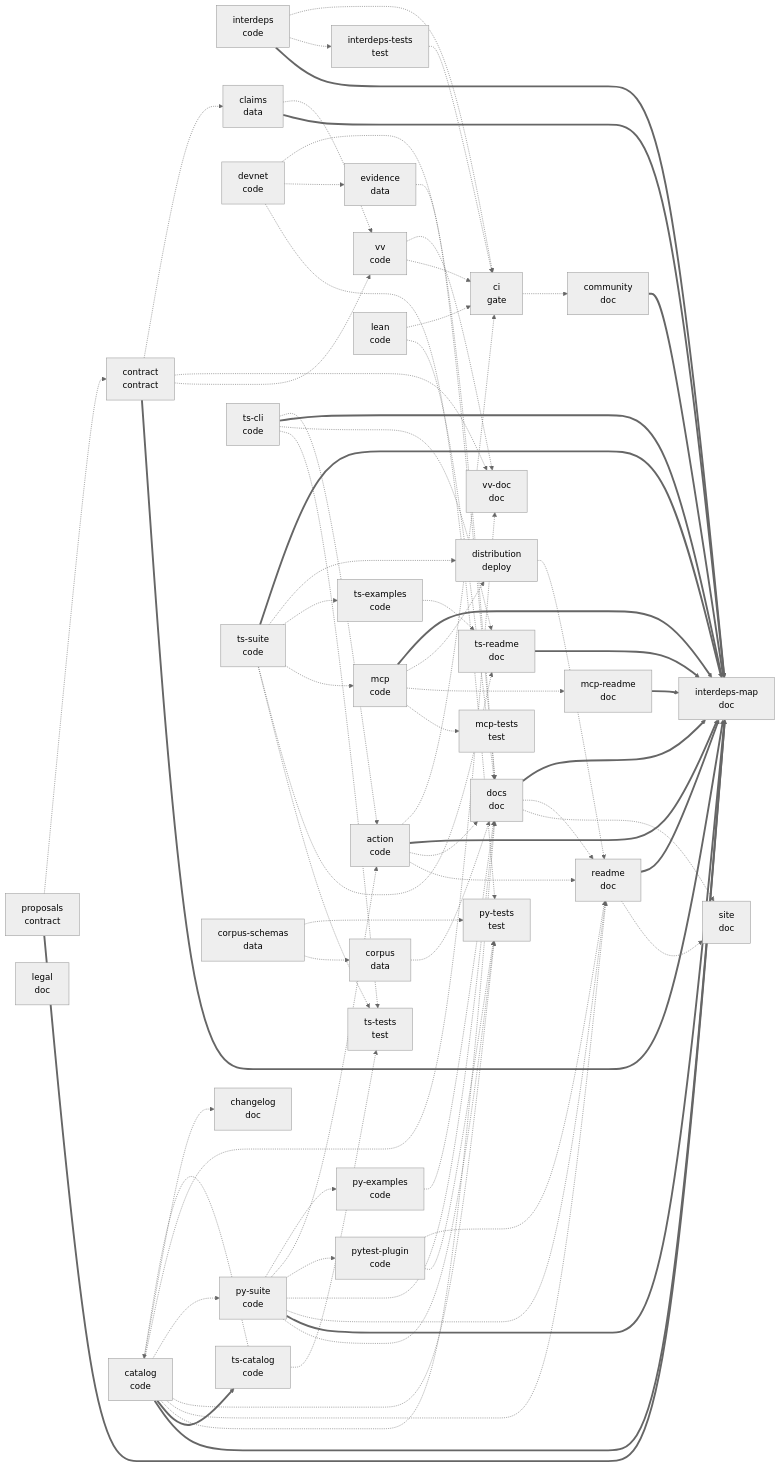
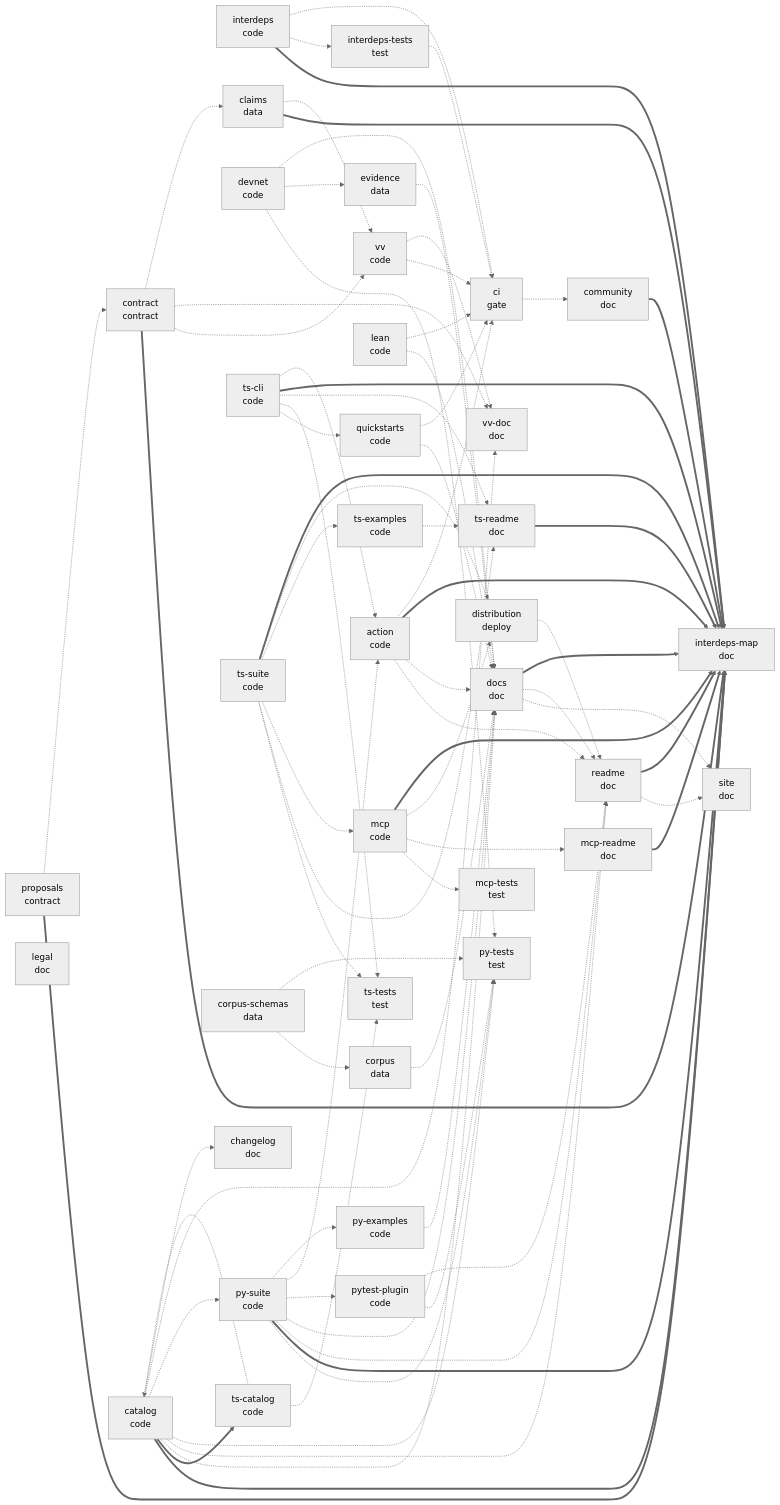
The second of 2 diagrams in docs/INTERDEPENDENCY.md (atsp-protocol/x402-conformance), drawn with Mermaid (neutral theme) before and after one commit. The commit also changed other lines of this file and 27 other files, not shown here.

```diff
--- a/docs/INTERDEPENDENCY.md
+++ b/docs/INTERDEPENDENCY.md
@@ -334,6 +334,7 @@
   devnet["devnet<br/>code"]
   py_suite["py-suite<br/>code"]
   py_tests["py-tests<br/>test"]
+  quickstarts["quickstarts<br/>code"]
   py_examples["py-examples<br/>code"]
   ts_catalog["ts-catalog<br/>code"]
   ts_cli["ts-cli<br/>code"]
@@ -371,6 +372,9 @@
   claims -.-> vv
   vv -.-> ci
   vv -.-> vv_doc
+  ts_cli -.-> quickstarts
+  quickstarts -.-> docs
+  quickstarts -.-> ci
   catalog ==> interdeps_map
   catalog ==> ts_catalog
   catalog -.-> docs
```
